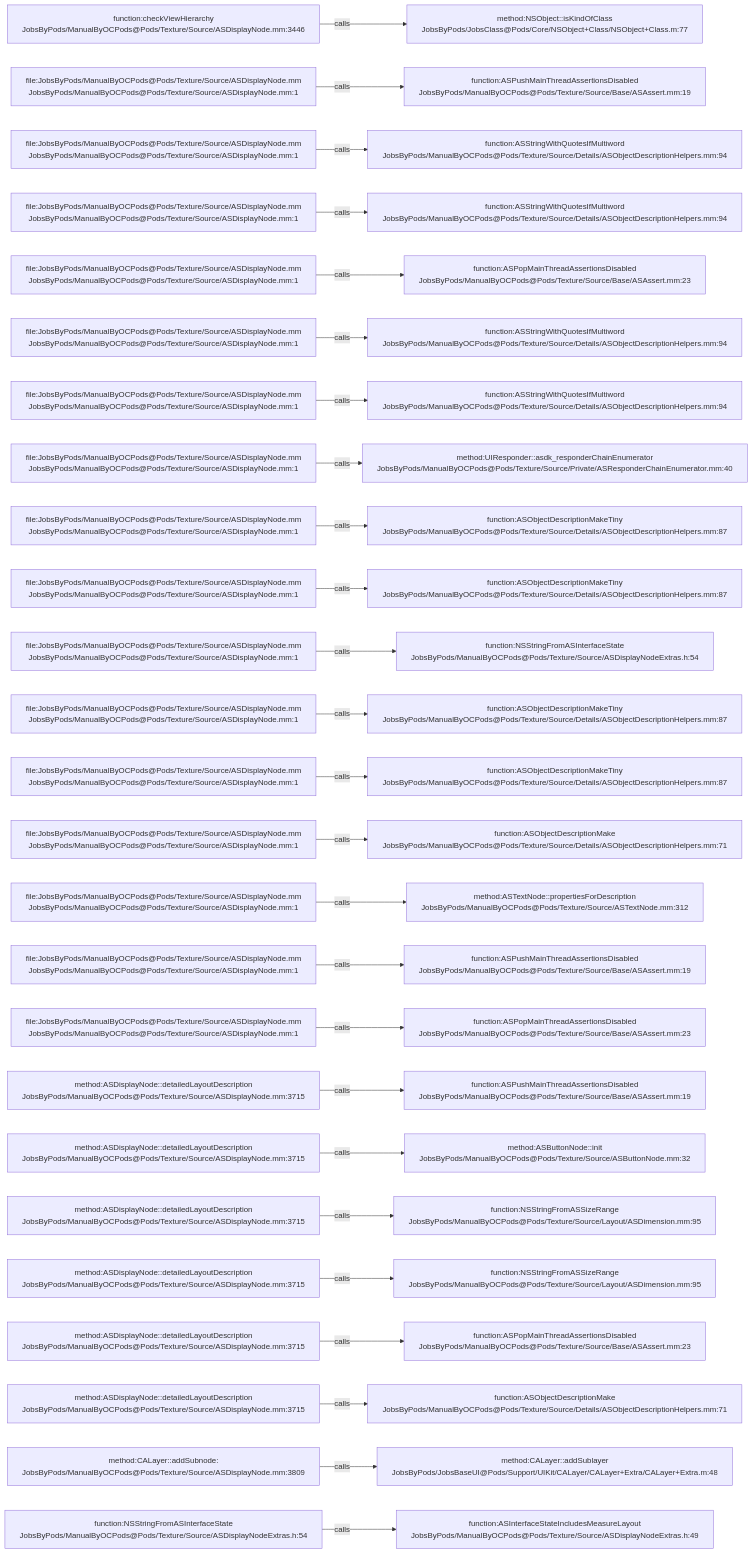
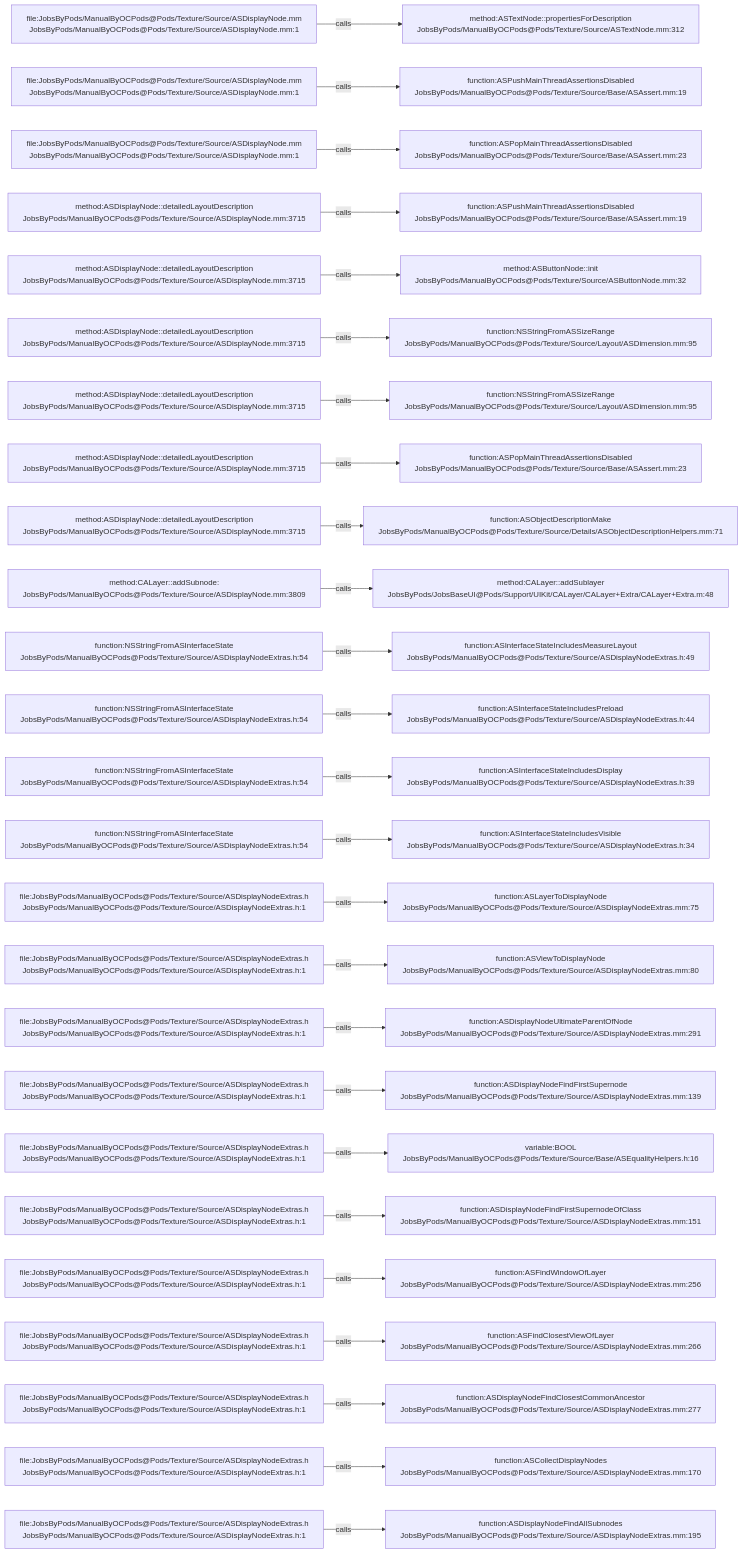
The diagram in .codegraph/codegraph.md/graphs/calls-106.md (JobsKits/JobsOCBaseConfigDemo), drawn with Mermaid before and after one commit. The commit also changed 296 other files, not shown here.

````diff
--- a/.codegraph/codegraph.md/graphs/calls-106.md
+++ b/.codegraph/codegraph.md/graphs/calls-106.md
@@ -13,78 +13,78 @@
 ```mermaid
 flowchart LR
-  S1["function:checkViewHierarchy<br/>JobsByPods/ManualByOCPods@Pods/Texture/Source/ASDisplayNode.mm:3446"]
-  T1["method:NSObject::isKindOfClass<br/>JobsByPods/JobsClass@Pods/Core/NSObject+Class/NSObject+Class.m:77"]
+  S1["file:JobsByPods/ManualByOCPods@Pods/Texture/Source/ASDisplayNode.mm<br/>JobsByPods/ManualByOCPods@Pods/Texture/Source/ASDisplayNode.mm:1"]
+  T1["method:ASTextNode::propertiesForDescription<br/>JobsByPods/ManualByOCPods@Pods/Texture/Source/ASTextNode.mm:312"]
   S1 -->|calls| T1
   S2["file:JobsByPods/ManualByOCPods@Pods/Texture/Source/ASDisplayNode.mm<br/>JobsByPods/ManualByOCPods@Pods/Texture/Source/ASDisplayNode.mm:1"]
   T2["function:ASPushMainThreadAssertionsDisabled<br/>JobsByPods/ManualByOCPods@Pods/Texture/Source/Base/ASAssert.mm:19"]
   S2 -->|calls| T2
   S3["file:JobsByPods/ManualByOCPods@Pods/Texture/Source/ASDisplayNode.mm<br/>JobsByPods/ManualByOCPods@Pods/Texture/Source/ASDisplayNode.mm:1"]
-  T3["function:ASStringWithQuotesIfMultiword<br/>JobsByPods/ManualByOCPods@Pods/Texture/Source/Details/ASObjectDescriptionHelpers.mm:94"]
+  T3["function:ASPopMainThreadAssertionsDisabled<br/>JobsByPods/ManualByOCPods@Pods/Texture/Source/Base/ASAssert.mm:23"]
   S3 -->|calls| T3
-  S4["file:JobsByPods/ManualByOCPods@Pods/Texture/Source/ASDisplayNode.mm<br/>JobsByPods/ManualByOCPods@Pods/Texture/Source/ASDisplayNode.mm:1"]
-  T4["function:ASStringWithQuotesIfMultiword<br/>JobsByPods/ManualByOCPods@Pods/Texture/Source/Details/ASObjectDescriptionHelpers.mm:94"]
+  S4["method:ASDisplayNode::detailedLayoutDescription<br/>JobsByPods/ManualByOCPods@Pods/Texture/Source/ASDisplayNode.mm:3715"]
+  T4["function:ASPushMainThreadAssertionsDisabled<br/>JobsByPods/ManualByOCPods@Pods/Texture/Source/Base/ASAssert.mm:19"]
   S4 -->|calls| T4
-  S5["file:JobsByPods/ManualByOCPods@Pods/Texture/Source/ASDisplayNode.mm<br/>JobsByPods/ManualByOCPods@Pods/Texture/Source/ASDisplayNode.mm:1"]
-  T5["function:ASPopMainThreadAssertionsDisabled<br/>JobsByPods/ManualByOCPods@Pods/Texture/Source/Base/ASAssert.mm:23"]
+  S5["method:ASDisplayNode::detailedLayoutDescription<br/>JobsByPods/ManualByOCPods@Pods/Texture/Source/ASDisplayNode.mm:3715"]
+  T5["method:ASButtonNode::init<br/>JobsByPods/ManualByOCPods@Pods/Texture/Source/ASButtonNode.mm:32"]
   S5 -->|calls| T5
-  S6["file:JobsByPods/ManualByOCPods@Pods/Texture/Source/ASDisplayNode.mm<br/>JobsByPods/ManualByOCPods@Pods/Texture/Source/ASDisplayNode.mm:1"]
-  T6["function:ASStringWithQuotesIfMultiword<br/>JobsByPods/ManualByOCPods@Pods/Texture/Source/Details/ASObjectDescriptionHelpers.mm:94"]
+  S6["method:ASDisplayNode::detailedLayoutDescription<br/>JobsByPods/ManualByOCPods@Pods/Texture/Source/ASDisplayNode.mm:3715"]
+  T6["function:NSStringFromASSizeRange<br/>JobsByPods/ManualByOCPods@Pods/Texture/Source/Layout/ASDimension.mm:95"]
   S6 -->|calls| T6
-  S7["file:JobsByPods/ManualByOCPods@Pods/Texture/Source/ASDisplayNode.mm<br/>JobsByPods/ManualByOCPods@Pods/Texture/Source/ASDisplayNode.mm:1"]
-  T7["function:ASStringWithQuotesIfMultiword<br/>JobsByPods/ManualByOCPods@Pods/Texture/Source/Details/ASObjectDescriptionHelpers.mm:94"]
+  S7["method:ASDisplayNode::detailedLayoutDescription<br/>JobsByPods/ManualByOCPods@Pods/Texture/Source/ASDisplayNode.mm:3715"]
+  T7["function:NSStringFromASSizeRange<br/>JobsByPods/ManualByOCPods@Pods/Texture/Source/Layout/ASDimension.mm:95"]
   S7 -->|calls| T7
-  S8["file:JobsByPods/ManualByOCPods@Pods/Texture/Source/ASDisplayNode.mm<br/>JobsByPods/ManualByOCPods@Pods/Texture/Source/ASDisplayNode.mm:1"]
-  T8["method:UIResponder::asdk_responderChainEnumerator<br/>JobsByPods/ManualByOCPods@Pods/Texture/Source/Private/ASResponderChainEnumerator.mm:40"]
+  S8["method:ASDisplayNode::detailedLayoutDescription<br/>JobsByPods/ManualByOCPods@Pods/Texture/Source/ASDisplayNode.mm:3715"]
+  T8["function:ASPopMainThreadAssertionsDisabled<br/>JobsByPods/ManualByOCPods@Pods/Texture/Source/Base/ASAssert.mm:23"]
   S8 -->|calls| T8
-  S9["file:JobsByPods/ManualByOCPods@Pods/Texture/Source/ASDisplayNode.mm<br/>JobsByPods/ManualByOCPods@Pods/Texture/Source/ASDisplayNode.mm:1"]
-  T9["function:ASObjectDescriptionMakeTiny<br/>JobsByPods/ManualByOCPods@Pods/Texture/Source/Details/ASObjectDescriptionHelpers.mm:87"]
+  S9["method:ASDisplayNode::detailedLayoutDescription<br/>JobsByPods/ManualByOCPods@Pods/Texture/Source/ASDisplayNode.mm:3715"]
+  T9["function:ASObjectDescriptionMake<br/>JobsByPods/ManualByOCPods@Pods/Texture/Source/Details/ASObjectDescriptionHelpers.mm:71"]
   S9 -->|calls| T9
-  S10["file:JobsByPods/ManualByOCPods@Pods/Texture/Source/ASDisplayNode.mm<br/>JobsByPods/ManualByOCPods@Pods/Texture/Source/ASDisplayNode.mm:1"]
-  T10["function:ASObjectDescriptionMakeTiny<br/>JobsByPods/ManualByOCPods@Pods/Texture/Source/Details/ASObjectDescriptionHelpers.mm:87"]
+  S10["method:CALayer::addSubnode:<br/>JobsByPods/ManualByOCPods@Pods/Texture/Source/ASDisplayNode.mm:3809"]
+  T10["method:CALayer::addSublayer<br/>JobsByPods/JobsBaseUI@Pods/Support/UIKit/CALayer/CALayer+Extra/CALayer+Extra.m:48"]
   S10 -->|calls| T10
-  S11["file:JobsByPods/ManualByOCPods@Pods/Texture/Source/ASDisplayNode.mm<br/>JobsByPods/ManualByOCPods@Pods/Texture/Source/ASDisplayNode.mm:1"]
-  T11["function:NSStringFromASInterfaceState<br/>JobsByPods/ManualByOCPods@Pods/Texture/Source/ASDisplayNodeExtras.h:54"]
+  S11["function:NSStringFromASInterfaceState<br/>JobsByPods/ManualByOCPods@Pods/Texture/Source/ASDisplayNodeExtras.h:54"]
+  T11["function:ASInterfaceStateIncludesMeasureLayout<br/>JobsByPods/ManualByOCPods@Pods/Texture/Source/ASDisplayNodeExtras.h:49"]
   S11 -->|calls| T11
-  S12["file:JobsByPods/ManualByOCPods@Pods/Texture/Source/ASDisplayNode.mm<br/>JobsByPods/ManualByOCPods@Pods/Texture/Source/ASDisplayNode.mm:1"]
-  T12["function:ASObjectDescriptionMakeTiny<br/>JobsByPods/ManualByOCPods@Pods/Texture/Source/Details/ASObjectDescriptionHelpers.mm:87"]
+  S12["function:NSStringFromASInterfaceState<br/>JobsByPods/ManualByOCPods@Pods/Texture/Source/ASDisplayNodeExtras.h:54"]
+  T12["function:ASInterfaceStateIncludesPreload<br/>JobsByPods/ManualByOCPods@Pods/Texture/Source/ASDisplayNodeExtras.h:44"]
   S12 -->|calls| T12
-  S13["file:JobsByPods/ManualByOCPods@Pods/Texture/Source/ASDisplayNode.mm<br/>JobsByPods/ManualByOCPods@Pods/Texture/Source/ASDisplayNode.mm:1"]
-  T13["function:ASObjectDescriptionMakeTiny<br/>JobsByPods/ManualByOCPods@Pods/Texture/Source/Details/ASObjectDescriptionHelpers.mm:87"]
+  S13["function:NSStringFromASInterfaceState<br/>JobsByPods/ManualByOCPods@Pods/Texture/Source/ASDisplayNodeExtras.h:54"]
+  T13["function:ASInterfaceStateIncludesDisplay<br/>JobsByPods/ManualByOCPods@Pods/Texture/Source/ASDisplayNodeExtras.h:39"]
   S13 -->|calls| T13
-  S14["file:JobsByPods/ManualByOCPods@Pods/Texture/Source/ASDisplayNode.mm<br/>JobsByPods/ManualByOCPods@Pods/Texture/Source/ASDisplayNode.mm:1"]
-  T14["function:ASObjectDescriptionMake<br/>JobsByPods/ManualByOCPods@Pods/Texture/Source/Details/ASObjectDescriptionHelpers.mm:71"]
+  S14["function:NSStringFromASInterfaceState<br/>JobsByPods/ManualByOCPods@Pods/Texture/Source/ASDisplayNodeExtras.h:54"]
+  T14["function:ASInterfaceStateIncludesVisible<br/>JobsByPods/ManualByOCPods@Pods/Texture/Source/ASDisplayNodeExtras.h:34"]
   S14 -->|calls| T14
-  S15["file:JobsByPods/ManualByOCPods@Pods/Texture/Source/ASDisplayNode.mm<br/>JobsByPods/ManualByOCPods@Pods/Texture/Source/ASDisplayNode.mm:1"]
-  T15["method:ASTextNode::propertiesForDescription<br/>JobsByPods/ManualByOCPods@Pods/Texture/Source/ASTextNode.mm:312"]
+  S15["file:JobsByPods/ManualByOCPods@Pods/Texture/Source/ASDisplayNodeExtras.h<br/>JobsByPods/ManualByOCPods@Pods/Texture/Source/ASDisplayNodeExtras.h:1"]
+  T15["function:ASLayerToDisplayNode<br/>JobsByPods/ManualByOCPods@Pods/Texture/Source/ASDisplayNodeExtras.mm:75"]
   S15 -->|calls| T15
-  S16["file:JobsByPods/ManualByOCPods@Pods/Texture/Source/ASDisplayNode.mm<br/>JobsByPods/ManualByOCPods@Pods/Texture/Source/ASDisplayNode.mm:1"]
-  T16["function:ASPushMainThreadAssertionsDisabled<br/>JobsByPods/ManualByOCPods@Pods/Texture/Source/Base/ASAssert.mm:19"]
+  S16["file:JobsByPods/ManualByOCPods@Pods/Texture/Source/ASDisplayNodeExtras.h<br/>JobsByPods/ManualByOCPods@Pods/Texture/Source/ASDisplayNodeExtras.h:1"]
+  T16["function:ASViewToDisplayNode<br/>JobsByPods/ManualByOCPods@Pods/Texture/Source/ASDisplayNodeExtras.mm:80"]
   S16 -->|calls| T16
-  S17["file:JobsByPods/ManualByOCPods@Pods/Texture/Source/ASDisplayNode.mm<br/>JobsByPods/ManualByOCPods@Pods/Texture/Source/ASDisplayNode.mm:1"]
-  T17["function:ASPopMainThreadAssertionsDisabled<br/>JobsByPods/ManualByOCPods@Pods/Texture/Source/Base/ASAssert.mm:23"]
+  S17["file:JobsByPods/ManualByOCPods@Pods/Texture/Source/ASDisplayNodeExtras.h<br/>JobsByPods/ManualByOCPods@Pods/Texture/Source/ASDisplayNodeExtras.h:1"]
+  T17["function:ASDisplayNodeUltimateParentOfNode<br/>JobsByPods/ManualByOCPods@Pods/Texture/Source/ASDisplayNodeExtras.mm:291"]
   S17 -->|calls| T17
-  S18["method:ASDisplayNode::detailedLayoutDescription<br/>JobsByPods/ManualByOCPods@Pods/Texture/Source/ASDisplayNode.mm:3715"]
-  T18["function:ASPushMainThreadAssertionsDisabled<br/>JobsByPods/ManualByOCPods@Pods/Texture/Source/Base/ASAssert.mm:19"]
+  S18["file:JobsByPods/ManualByOCPods@Pods/Texture/Source/ASDisplayNodeExtras.h<br/>JobsByPods/ManualByOCPods@Pods/Texture/Source/ASDisplayNodeExtras.h:1"]
+  T18["function:ASDisplayNodeFindFirstSupernode<br/>JobsByPods/ManualByOCPods@Pods/Texture/Source/ASDisplayNodeExtras.mm:139"]
   S18 -->|calls| T18
-  S19["method:ASDisplayNode::detailedLayoutDescription<br/>JobsByPods/ManualByOCPods@Pods/Texture/Source/ASDisplayNode.mm:3715"]
-  T19["method:ASButtonNode::init<br/>JobsByPods/ManualByOCPods@Pods/Texture/Source/ASButtonNode.mm:32"]
+  S19["file:JobsByPods/ManualByOCPods@Pods/Texture/Source/ASDisplayNodeExtras.h<br/>JobsByPods/ManualByOCPods@Pods/Texture/Source/ASDisplayNodeExtras.h:1"]
+  T19["variable:BOOL<br/>JobsByPods/ManualByOCPods@Pods/Texture/Source/Base/ASEqualityHelpers.h:16"]
   S19 -->|calls| T19
-  S20["method:ASDisplayNode::detailedLayoutDescription<br/>JobsByPods/ManualByOCPods@Pods/Texture/Source/ASDisplayNode.mm:3715"]
-  T20["function:NSStringFromASSizeRange<br/>JobsByPods/ManualByOCPods@Pods/Texture/Source/Layout/ASDimension.mm:95"]
+  S20["file:JobsByPods/ManualByOCPods@Pods/Texture/Source/ASDisplayNodeExtras.h<br/>JobsByPods/ManualByOCPods@Pods/Texture/Source/ASDisplayNodeExtras.h:1"]
+  T20["function:ASDisplayNodeFindFirstSupernodeOfClass<br/>JobsByPods/ManualByOCPods@Pods/Texture/Source/ASDisplayNodeExtras.mm:151"]
   S20 -->|calls| T20
-  S21["method:ASDisplayNode::detailedLayoutDescription<br/>JobsByPods/ManualByOCPods@Pods/Texture/Source/ASDisplayNode.mm:3715"]
-  T21["function:NSStringFromASSizeRange<br/>JobsByPods/ManualByOCPods@Pods/Texture/Source/Layout/ASDimension.mm:95"]
+  S21["file:JobsByPods/ManualByOCPods@Pods/Texture/Source/ASDisplayNodeExtras.h<br/>JobsByPods/ManualByOCPods@Pods/Texture/Source/ASDisplayNodeExtras.h:1"]
+  T21["function:ASFindWindowOfLayer<br/>JobsByPods/ManualByOCPods@Pods/Texture/Source/ASDisplayNodeExtras.mm:256"]
   S21 -->|calls| T21
-  S22["method:ASDisplayNode::detailedLayoutDescription<br/>JobsByPods/ManualByOCPods@Pods/Texture/Source/ASDisplayNode.mm:3715"]
-  T22["function:ASPopMainThreadAssertionsDisabled<br/>JobsByPods/ManualByOCPods@Pods/Texture/Source/Base/ASAssert.mm:23"]
+  S22["file:JobsByPods/ManualByOCPods@Pods/Texture/Source/ASDisplayNodeExtras.h<br/>JobsByPods/ManualByOCPods@Pods/Texture/Source/ASDisplayNodeExtras.h:1"]
+  T22["function:ASFindClosestViewOfLayer<br/>JobsByPods/ManualByOCPods@Pods/Texture/Source/ASDisplayNodeExtras.mm:266"]
   S22 -->|calls| T22
-  S23["method:ASDisplayNode::detailedLayoutDescription<br/>JobsByPods/ManualByOCPods@Pods/Texture/Source/ASDisplayNode.mm:3715"]
-  T23["function:ASObjectDescriptionMake<br/>JobsByPods/ManualByOCPods@Pods/Texture/Source/Details/ASObjectDescriptionHelpers.mm:71"]
+  S23["file:JobsByPods/ManualByOCPods@Pods/Texture/Source/ASDisplayNodeExtras.h<br/>JobsByPods/ManualByOCPods@Pods/Texture/Source/ASDisplayNodeExtras.h:1"]
+  T23["function:ASDisplayNodeFindClosestCommonAncestor<br/>JobsByPods/ManualByOCPods@Pods/Texture/Source/ASDisplayNodeExtras.mm:277"]
   S23 -->|calls| T23
-  S24["method:CALayer::addSubnode:<br/>JobsByPods/ManualByOCPods@Pods/Texture/Source/ASDisplayNode.mm:3809"]
-  T24["method:CALayer::addSublayer<br/>JobsByPods/JobsBaseUI@Pods/Support/UIKit/CALayer/CALayer+Extra/CALayer+Extra.m:48"]
+  S24["file:JobsByPods/ManualByOCPods@Pods/Texture/Source/ASDisplayNodeExtras.h<br/>JobsByPods/ManualByOCPods@Pods/Texture/Source/ASDisplayNodeExtras.h:1"]
+  T24["function:ASCollectDisplayNodes<br/>JobsByPods/ManualByOCPods@Pods/Texture/Source/ASDisplayNodeExtras.mm:170"]
   S24 -->|calls| T24
-  S25["function:NSStringFromASInterfaceState<br/>JobsByPods/ManualByOCPods@Pods/Texture/Source/ASDisplayNodeExtras.h:54"]
-  T25["function:ASInterfaceStateIncludesMeasureLayout<br/>JobsByPods/ManualByOCPods@Pods/Texture/Source/ASDisplayNodeExtras.h:49"]
+  S25["file:JobsByPods/ManualByOCPods@Pods/Texture/Source/ASDisplayNodeExtras.h<br/>JobsByPods/ManualByOCPods@Pods/Texture/Source/ASDisplayNodeExtras.h:1"]
+  T25["function:ASDisplayNodeFindAllSubnodes<br/>JobsByPods/ManualByOCPods@Pods/Texture/Source/ASDisplayNodeExtras.mm:195"]
   S25 -->|calls| T25
 ```
````
